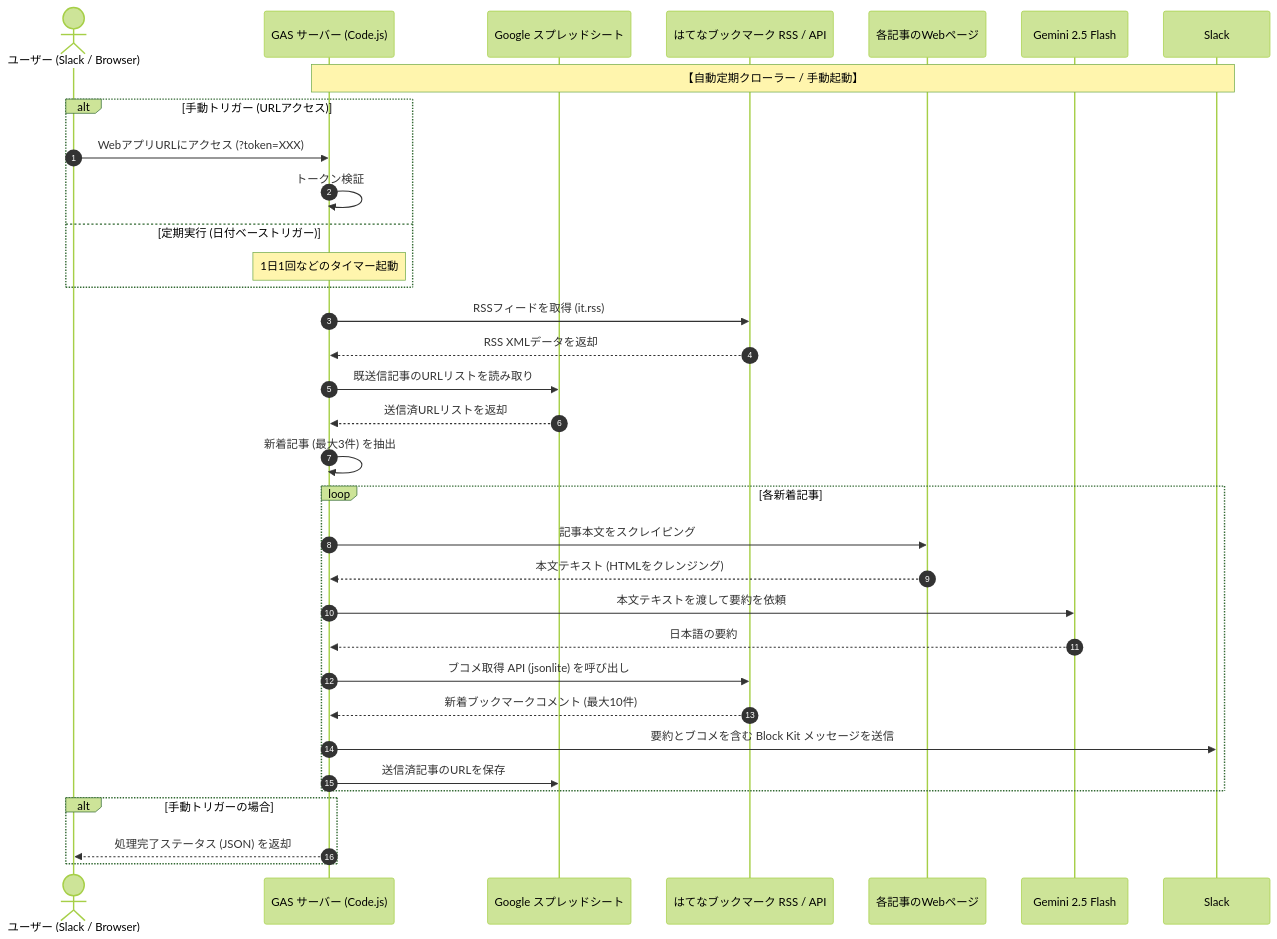
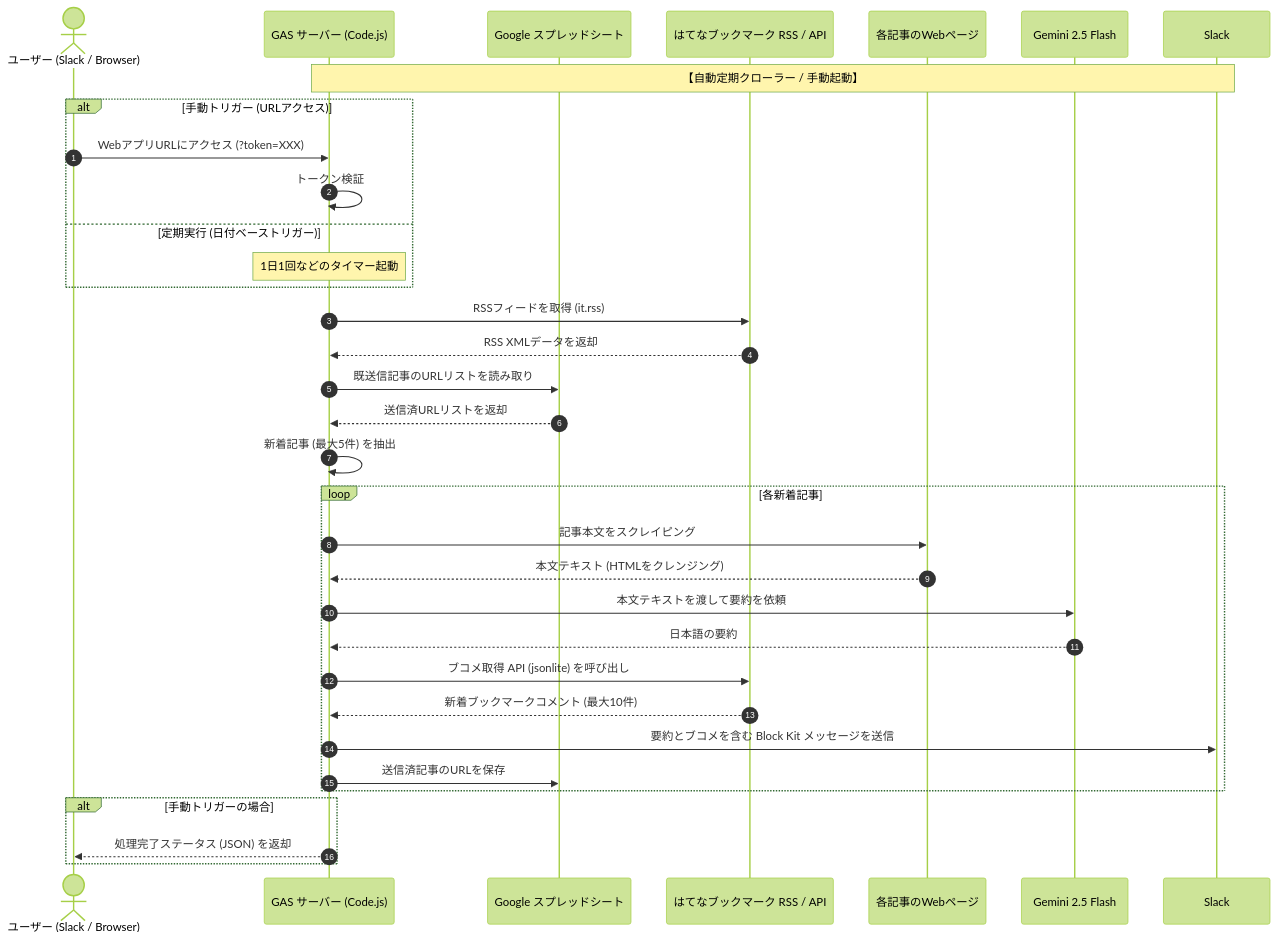
Before and after one commit to lightyield/ai-hatebu-digest: the diagram in README.md, drawn with Mermaid (forest theme). The commit also changed other lines of this file and 2 other files, not shown here.

````diff
--- a/README.md
+++ b/README.md
@@ -9,40 +9,40 @@
 ```mermaid
 sequenceDiagram
     autonumber
     actor User as ユーザー (Slack / Browser)
     participant GAS as GAS サーバー (Code.js)
     participant Sheet as Google スプレッドシート
     participant Hatebu as はてなブックマーク RSS / API
     participant WebPage as 各記事のWebページ
     participant Gemini as Gemini 2.5 Flash
     participant Slack as Slack
 
     Note over GAS, Slack: 【自動定期クローラー / 手動起動】
     alt 手動トリガー (URLアクセス)
         User->>GAS: WebアプリURLにアクセス (?token=XXX)
         GAS->>GAS: トークン検証
     else 定期実行 (日付ベーストリガー)
         Note over GAS: 1日1回などのタイマー起動
     end
 
     GAS->>Hatebu: RSSフィードを取得 (it.rss)
     Hatebu-->>GAS: RSS XMLデータを返却
     GAS->>Sheet: 既送信記事のURLリストを読み取り
     Sheet-->>GAS: 送信済URLリストを返却
-    GAS->>GAS: 新着記事 (最大3件) を抽出
+    GAS->>GAS: 新着記事 (最大5件) を抽出
     
     loop 各新着記事
         GAS->>WebPage: 記事本文をスクレイピング
         WebPage-->>GAS: 本文テキスト (HTMLをクレンジング)
         GAS->>Gemini: 本文テキストを渡して要約を依頼
         Gemini-->>GAS: 日本語の要約
         GAS->>Hatebu: ブコメ取得 API (jsonlite) を呼び出し
         Hatebu-->>GAS: 新着ブックマークコメント (最大10件)
         GAS->>Slack: 要約とブコメを含む Block Kit メッセージを送信
         GAS->>Sheet: 送信済記事のURLを保存
     end
 
     alt 手動トリガーの場合
         GAS-->>User: 処理完了ステータス (JSON) を返却
     end
 ```
````
